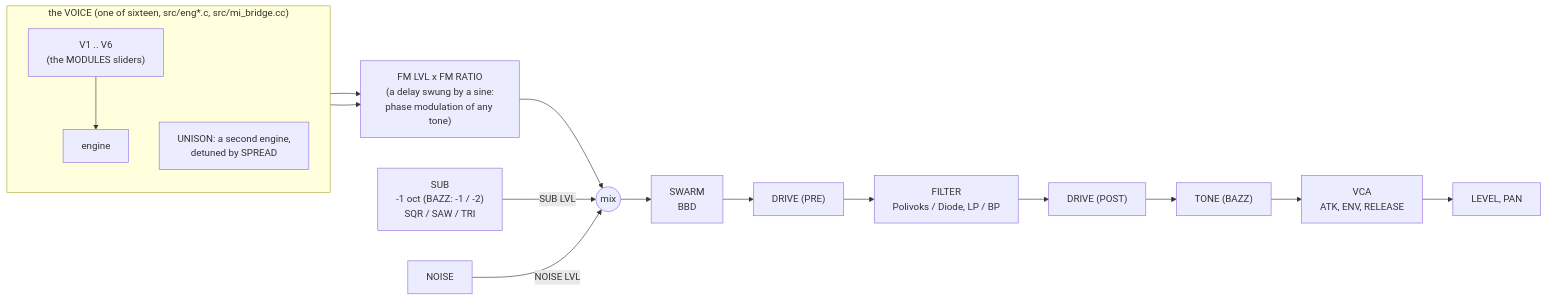
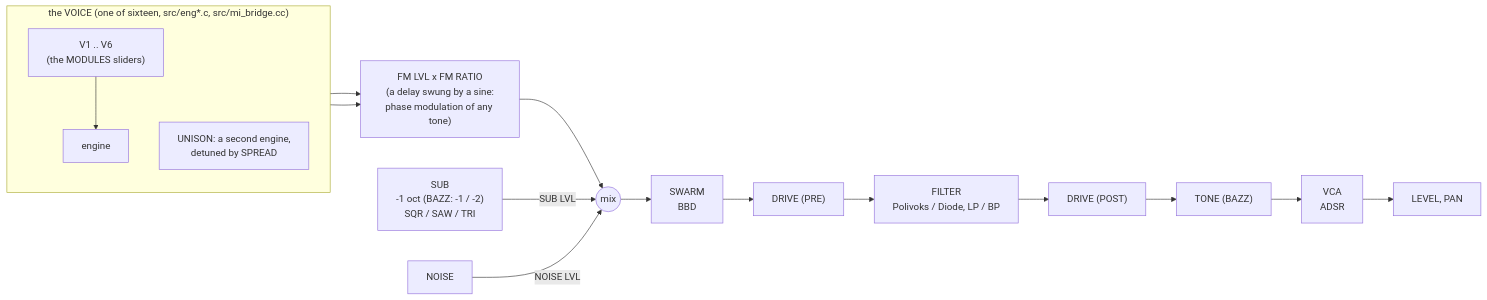
One commit to sunskiefer/LXRXXL-ZYNTH changed the diagram in docs/VOICE_MAP.md. Above: the diagram before and after it, drawn with Mermaid. The commit also changed other lines of this file and 32 other files, not shown here.

````diff
--- a/docs/VOICE_MAP.md
+++ b/docs/VOICE_MAP.md
@@ -9,14 +9,14 @@
 ```mermaid
 flowchart LR
   subgraph ENG["the VOICE (one of sixteen, src/eng*.c, src/mi_bridge.cc)"]
     direction TB
     V["V1 .. V6<br/>(the MODULES sliders)"] --> E["engine"]
     U["UNISON: a second engine,<br/>detuned by SPREAD"]
   end
   E --> PM["FM LVL x FM RATIO<br/>(a delay swung by a sine:<br/>phase modulation of any tone)"]
   U --> PM
   PM --> MIX(("mix"))
   SUB["SUB<br/>-1 oct (BAZZ: -1 / -2)<br/>SQR / SAW / TRI"] -- "SUB LVL" --> MIX
   NOISE["NOISE"] -- "NOISE LVL" --> MIX
-  MIX --> SW["SWARM<br/>BBD"] --> PRE["DRIVE (PRE)"] --> FLT["FILTER<br/>Polivoks / Diode, LP / BP"] --> POST["DRIVE (POST)"] --> TONE["TONE (BAZZ)"] --> VCA["VCA<br/>ATK, ENV, RELEASE"] --> OUT["LEVEL, PAN"]
+  MIX --> SW["SWARM<br/>BBD"] --> PRE["DRIVE (PRE)"] --> FLT["FILTER<br/>Polivoks / Diode, LP / BP"] --> POST["DRIVE (POST)"] --> TONE["TONE (BAZZ)"] --> VCA["VCA<br/>ADSR"] --> OUT["LEVEL, PAN"]
 ```
````
